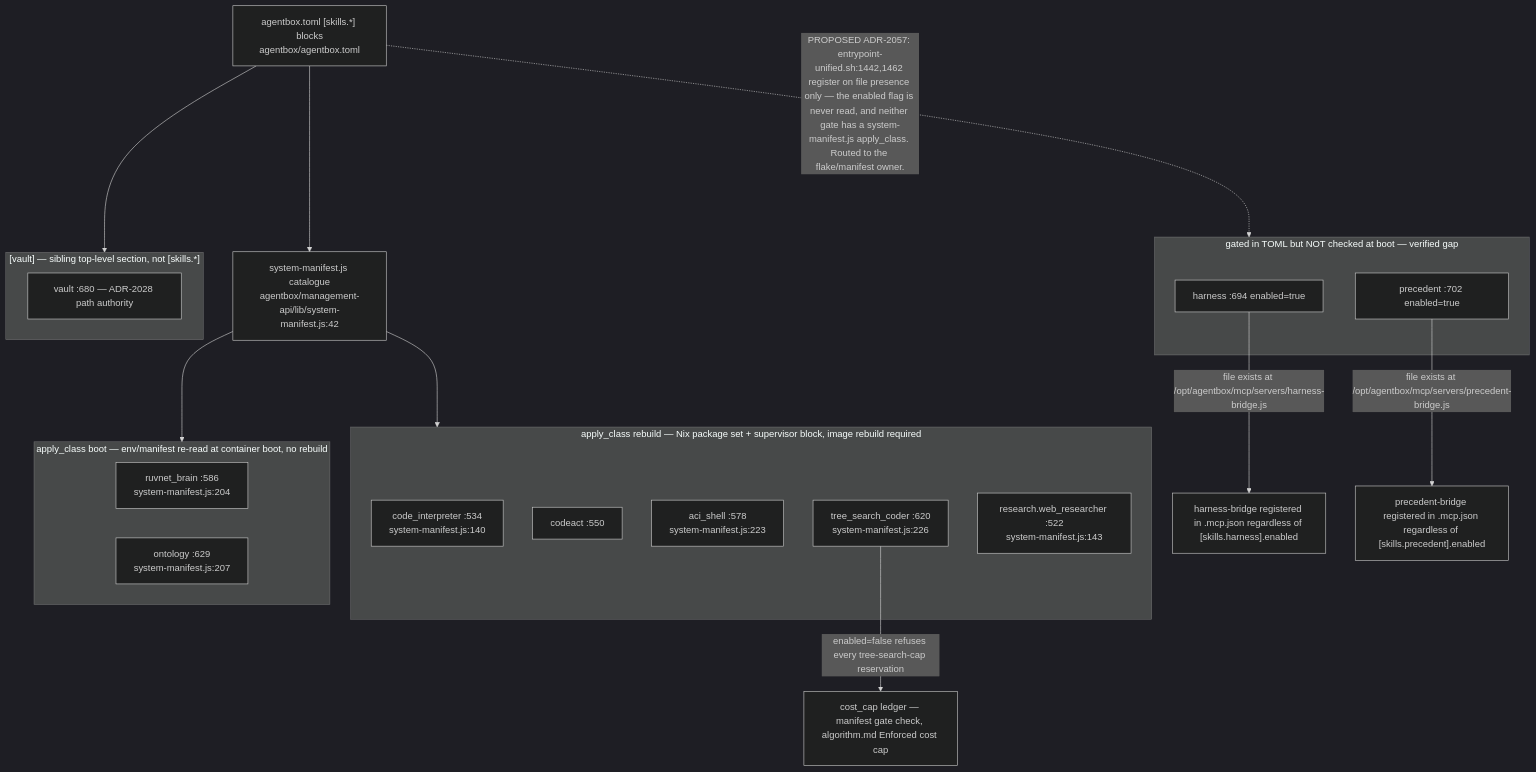
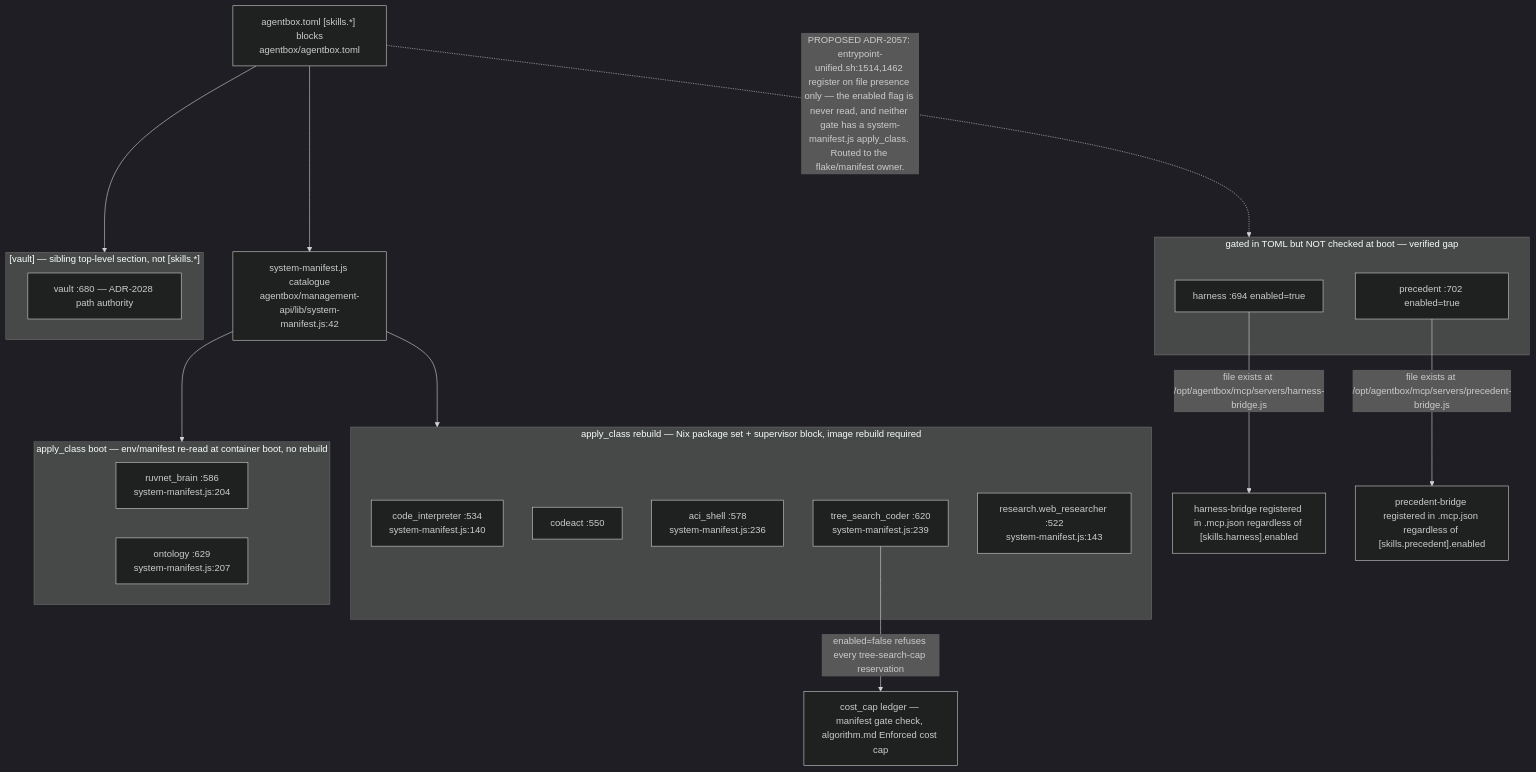
Diagram 13 of 13 in docs/diagrams/agentbox/22-skills-and-routing.md (DreamLab-AI/AR-AI-Knowledge-Graph), drawn with Mermaid (dark theme) before and after one commit. The commit also changed other lines of this file and 73 other files, not shown here.

First line of the commit message:
docs(diagrams): re-verify all 71 topic files against HEAD; add --cite-check

````diff
--- a/docs/diagrams/agentbox/22-skills-and-routing.md
+++ b/docs/diagrams/agentbox/22-skills-and-routing.md
@@ -431,35 +431,35 @@
 ```mermaid
 flowchart TB
     TOML["agentbox.toml [skills.*] blocks<br/>agentbox/agentbox.toml"]
     MANI["system-manifest.js catalogue<br/>agentbox/management-api/lib/system-manifest.js:42"]
 
     subgraph rebuild["apply_class rebuild — Nix package set + supervisor block, image rebuild required"]
         CI2["code_interpreter :534<br/>system-manifest.js:140"]
         CODEACT["codeact :550"]
-        ACI["aci_shell :578<br/>system-manifest.js:223"]
-        TSCB["tree_search_coder :620<br/>system-manifest.js:226"]
+        ACI["aci_shell :578<br/>system-manifest.js:236"]
+        TSCB["tree_search_coder :620<br/>system-manifest.js:239"]
         RES["research.web_researcher :522<br/>system-manifest.js:143"]
     end
     subgraph boot["apply_class boot — env/manifest re-read at container boot, no rebuild"]
         RVB["ruvnet_brain :586<br/>system-manifest.js:204"]
         ONT["ontology :629<br/>system-manifest.js:207"]
     end
     subgraph unwired["gated in TOML but NOT checked at boot — verified gap"]
         HARN["harness :694 enabled=true"]
         PREC["precedent :702 enabled=true"]
     end
     subgraph vault["[vault] — sibling top-level section, not [skills.*]"]
         VLT["vault :680 — ADR-2028 path authority"]
     end
 
     TOML --> MANI
     MANI --> rebuild
     MANI --> boot
-    TOML -.->|"PROPOSED ADR-2057: entrypoint-unified.sh:1442,1462 register on file presence only — the enabled flag is never read, and neither gate has a system-manifest.js apply_class. Routed to the flake/manifest owner."| unwired
+    TOML -.->|"PROPOSED ADR-2057: entrypoint-unified.sh:1514,1462 register on file presence only — the enabled flag is never read, and neither gate has a system-manifest.js apply_class. Routed to the flake/manifest owner."| unwired
     TOML --> vault
 
     HARN -->|"file exists at /opt/agentbox/mcp/servers/harness-bridge.js"| REG2["harness-bridge registered in .mcp.json regardless of [skills.harness].enabled"]
     PREC -->|"file exists at /opt/agentbox/mcp/servers/precedent-bridge.js"| REG3["precedent-bridge registered in .mcp.json regardless of [skills.precedent].enabled"]
 
     TSCB -->|"enabled=false refuses every tree-search-cap reservation"| CAPGATE["cost_cap ledger — manifest gate check, algorithm.md Enforced cost cap"]
 ```
````
